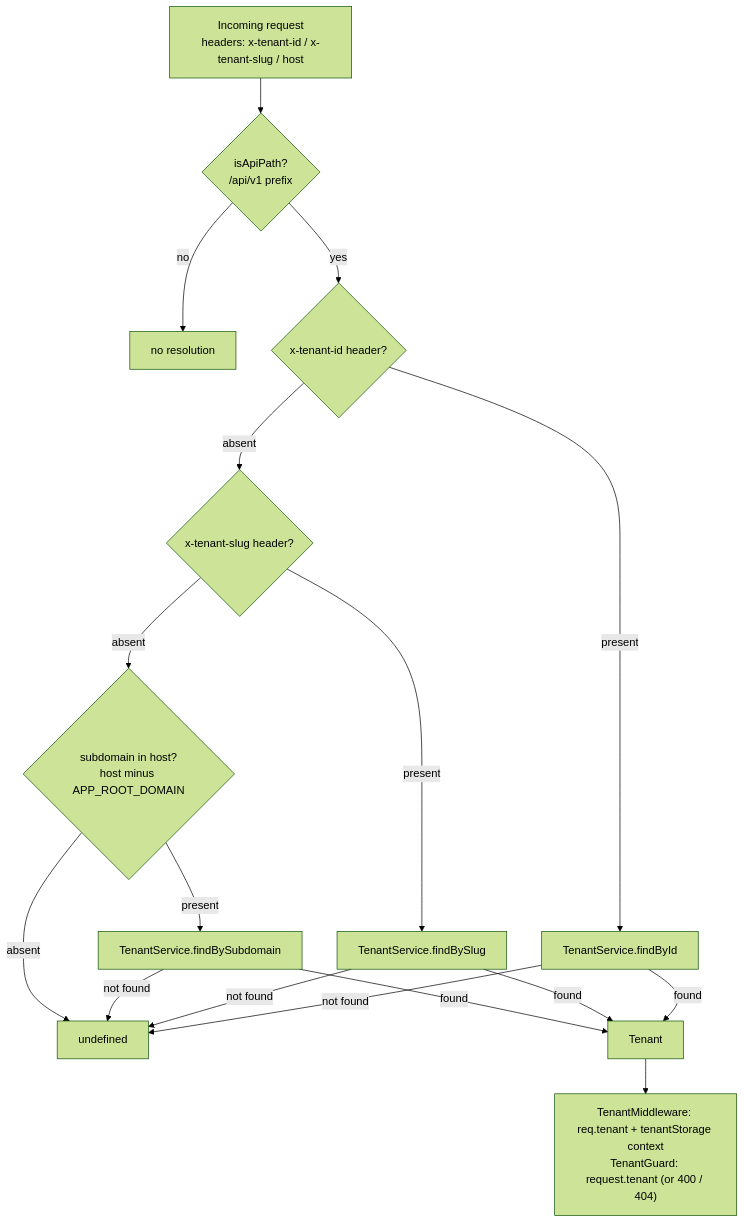
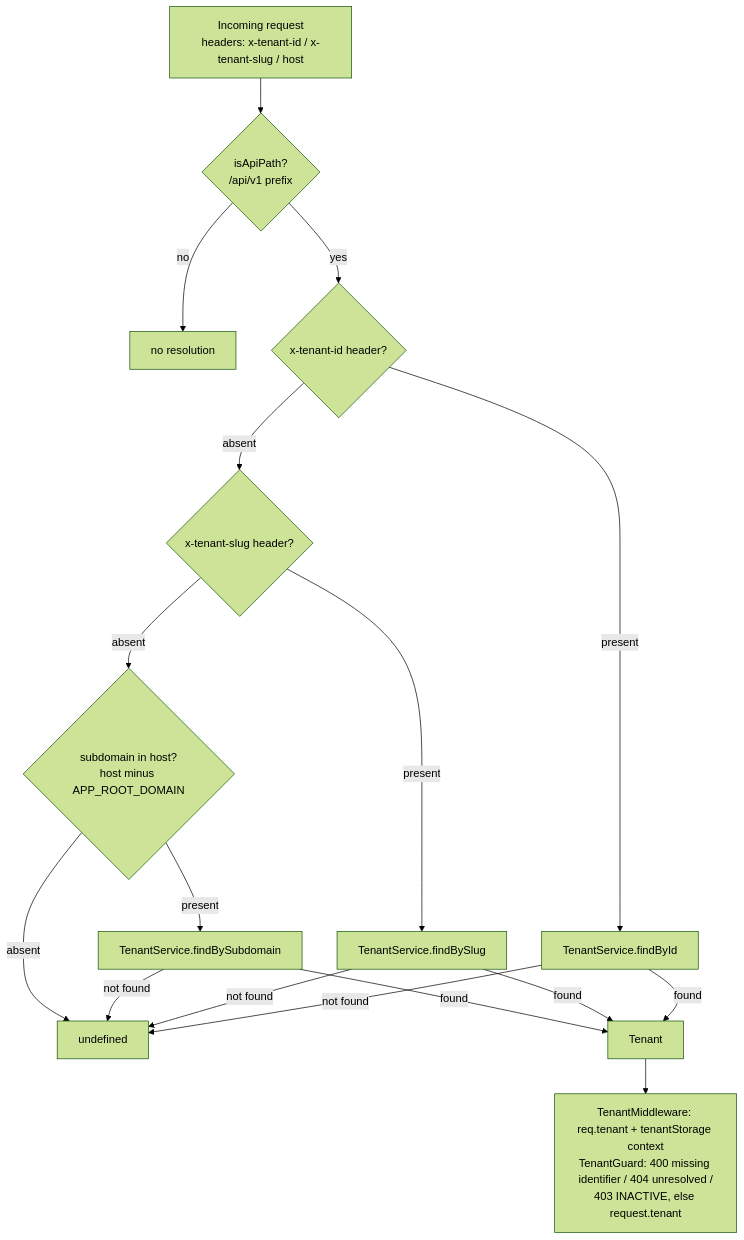
One commit to DevBassel/saas_commerce changed the first of 3 diagrams in apps/api/src/modules/tenants/workflow.md. Above: the diagram before and after it, drawn with Mermaid (forest theme). The commit also changed other lines of this file and 100 other files, not shown here.

````diff
--- a/apps/api/src/modules/tenants/workflow.md
+++ b/apps/api/src/modules/tenants/workflow.md
@@ -1,19 +1,19 @@
 ```mermaid
 flowchart TD
     REQ["Incoming request<br/>headers: x-tenant-id / x-tenant-slug / host"] --> ISRQ{"isApiPath?<br/>/api/v1 prefix"}
     ISRQ -->|"no"| NONE["no resolution"]
     ISRQ -->|"yes"| HID{"x-tenant-id header?"}
     HID -->|"present"| BYID["TenantService.findById"]
     BYID -->|"not found"| UNDEF["undefined"]
     BYID -->|"found"| TEN["Tenant"]
     HID -->|"absent"| HSL{"x-tenant-slug header?"}
     HSL -->|"present"| BYSLUG["TenantService.findBySlug"]
     BYSLUG -->|"not found"| UNDEF
     BYSLUG -->|"found"| TEN
     HSL -->|"absent"| SUB{"subdomain in host?<br/>host minus APP_ROOT_DOMAIN"}
     SUB -->|"present"| BYSUB["TenantService.findBySubdomain"]
     BYSUB -->|"not found"| UNDEF
     BYSUB -->|"found"| TEN
     SUB -->|"absent"| UNDEF
-    TEN --> OUT["TenantMiddleware: req.tenant + tenantStorage context<br/>TenantGuard: request.tenant (or 400 / 404)"]
+    TEN --> OUT["TenantMiddleware: req.tenant + tenantStorage context<br/>TenantGuard: 400 missing identifier / 404 unresolved /<br/>403 INACTIVE, else request.tenant"]
 ```
````
